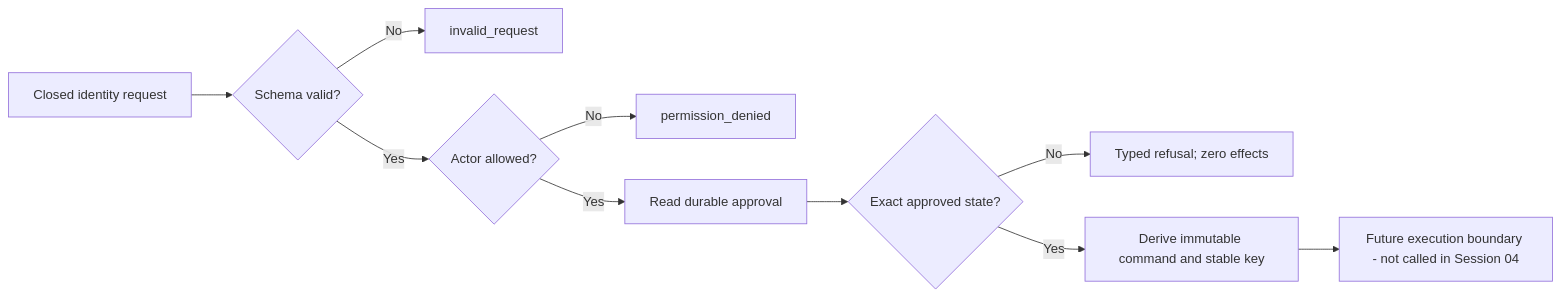
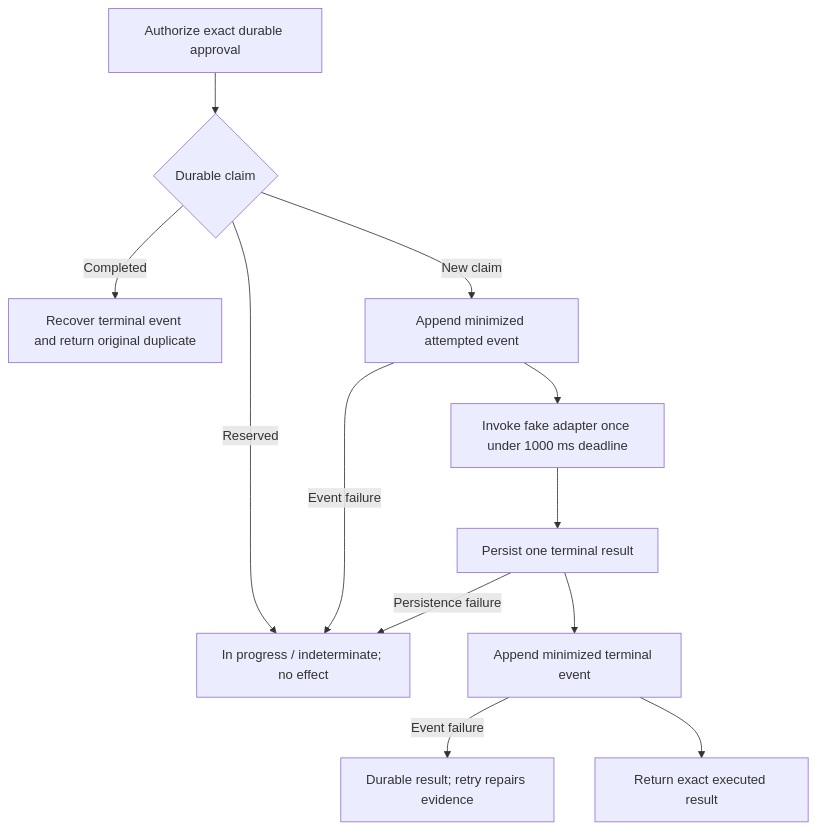
Before and after one commit to moshehbenavraham/production-agent-workshop: the second of 2 diagrams in docs/build-log-week2.md, drawn with Mermaid. The commit also changed other lines of this file and 28 other files, not shown here.

Commit message:
Complete phase01-session05-idempotent-fake-send-execution: persist one fake effect

````diff
--- a/docs/build-log-week2.md
+++ b/docs/build-log-week2.md
@@ -221,12 +225,14 @@
 ```mermaid
-flowchart LR
-    R[Closed identity request] --> V{Schema valid?}
-    V -->|No| I[invalid_request]
-    V -->|Yes| P{Actor allowed?}
-    P -->|No| D[permission_denied]
-    P -->|Yes| S[Read durable approval]
-    S --> A{Exact approved state?}
-    A -->|No| F[Typed refusal; zero effects]
-    A -->|Yes| C[Derive immutable command and stable key]
-    C --> X[Future execution boundary - not called in Session 04]
+flowchart TD
+    A[Authorize exact durable approval] --> C{Durable claim}
+    C -->|Completed| D[Recover terminal event and return original duplicate]
+    C -->|Reserved| I[In progress / indeterminate; no effect]
+    C -->|New claim| E[Append minimized attempted event]
+    E -->|Event failure| I
+    E --> F[Invoke fake adapter once under 1000 ms deadline]
+    F --> R[Persist one terminal result]
+    R -->|Persistence failure| I
+    R --> T[Append minimized terminal event]
+    T -->|Event failure| X[Durable result; retry repairs evidence]
+    T --> S[Return exact executed result]
 ```
````
